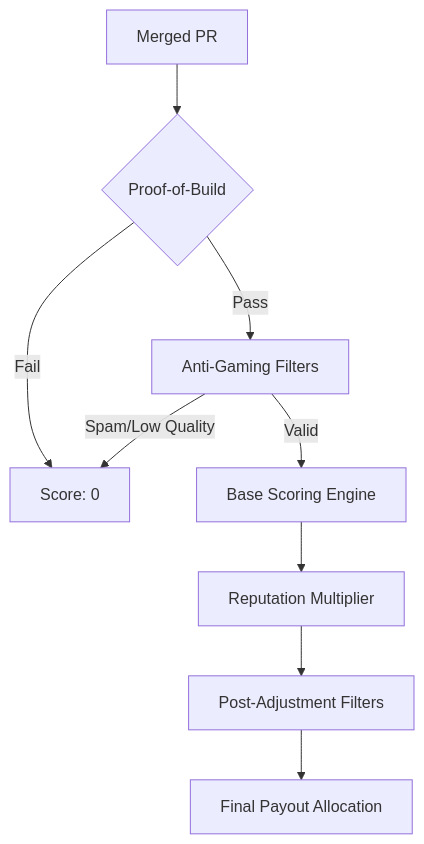
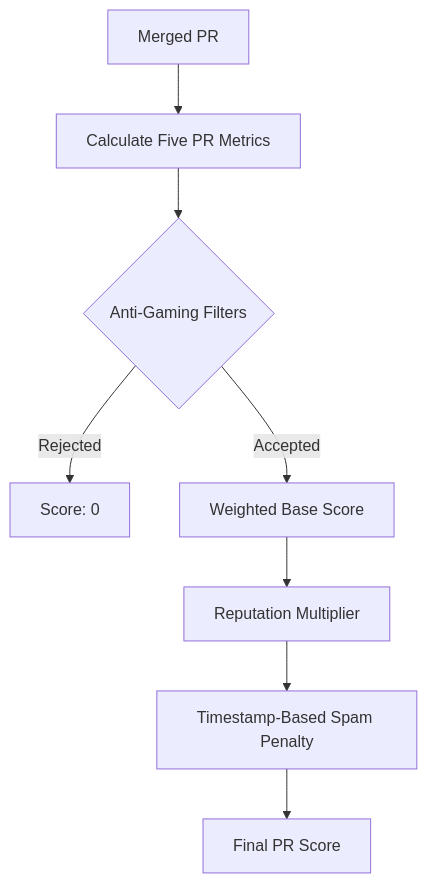
One commit to namish18/Kinetic changed the second of 2 diagrams in readme.md. Above: the diagram before and after it, drawn with Mermaid. The commit also changed other lines of this file and 1 other file, not shown here.

Commit message:
docs: align scoring documentation with implementation

````diff
--- a/readme.md
+++ b/readme.md
@@ -199,11 +191,10 @@
 ```mermaid
 graph TD
-    A[Merged PR] --> B{Proof-of-Build}
-    B -- Fail --> C[Score: 0]
-    B -- Pass --> D[Anti-Gaming Filters]
-    D -- Spam/Low Quality --> C
-    D -- Valid --> E[Base Scoring Engine]
+    A[Merged PR] --> B[Calculate Five PR Metrics]
+    B --> C{Anti-Gaming Filters}
+    C -- Rejected --> D[Score: 0]
+    C -- Accepted --> E[Weighted Base Score]
     E --> F[Reputation Multiplier]
-    F --> G[Post-Adjustment Filters]
-    G --> H[Final Payout Allocation]
+    F --> G[Timestamp-Based Spam Penalty]
+    G --> H[Final PR Score]
 ```
````
